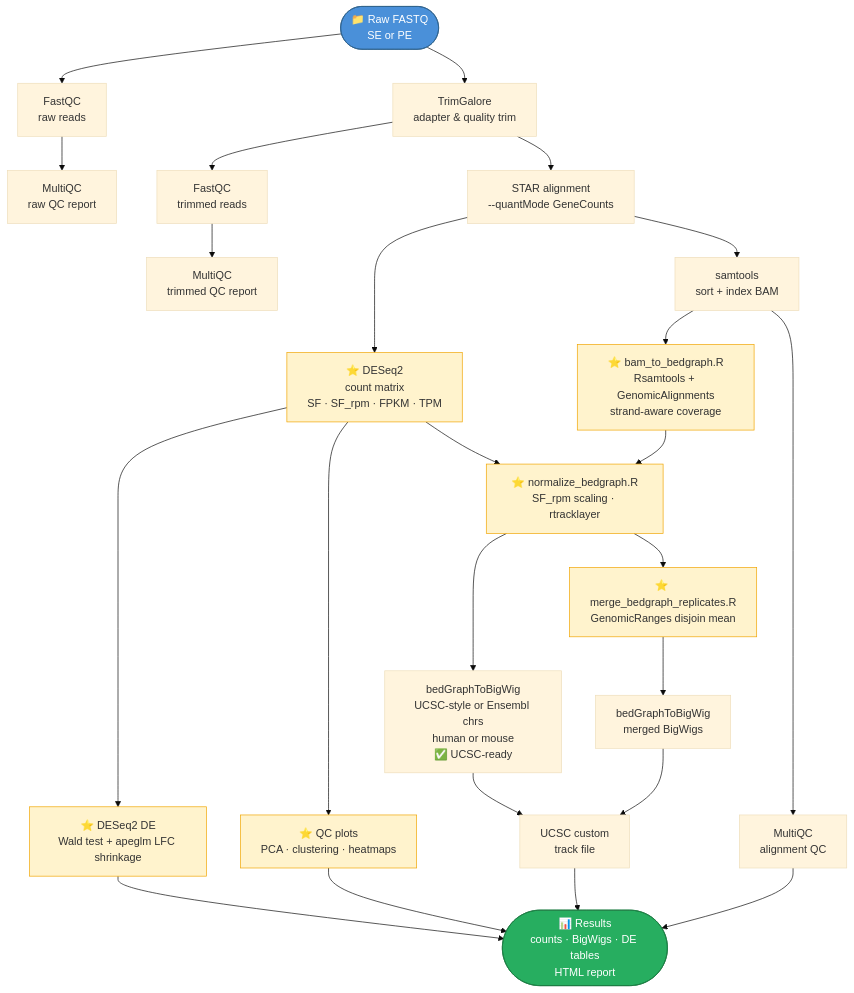
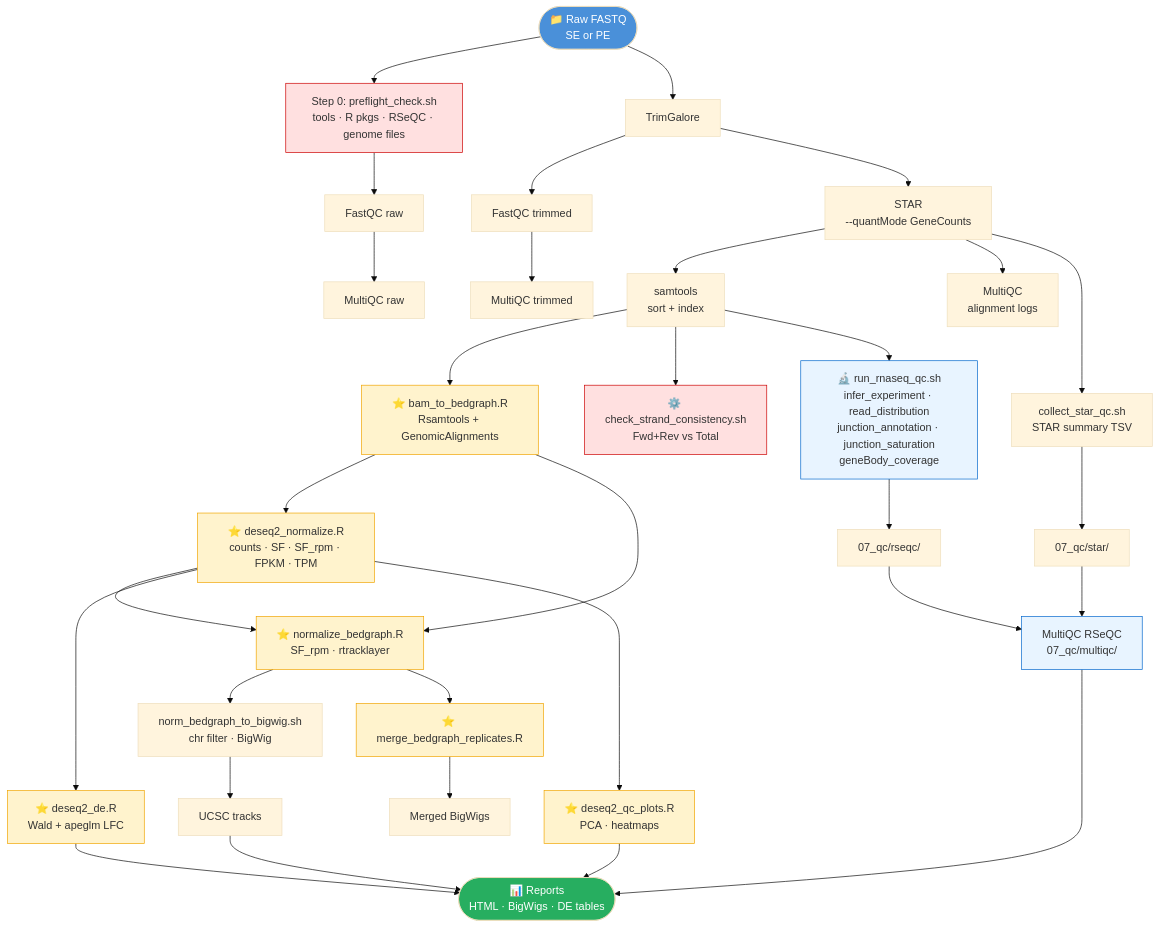
One commit to MichalGd/rnaseq2tracksP changed the diagram in README.md. Above: the diagram before and after it, drawn with Mermaid (base theme). The commit also changed other lines of this file and 43 other files, not shown here.

Commit message:
rnaseq2tracksP v4.0

````diff
--- a/README.md
+++ b/README.md
@@ -22,35 +20,46 @@
 ```mermaid
 flowchart TD
-    A([📁 Raw FASTQ\nSE or PE]) --> B[FastQC\nraw reads]
-    B --> C[MultiQC\nraw QC report]
-    A --> D[TrimGalore\nadapter & quality trim]
-    D --> E[FastQC\ntrimmed reads]
-    E --> F[MultiQC\ntrimmed QC report]
-    D --> G[STAR alignment\n--quantMode GeneCounts]
-    G --> H[samtools\nsort + index BAM]
-    H --> I[MultiQC\nalignment QC]
-    G --> J[⭐ DESeq2\ncount matrix\nSF · SF_rpm · FPKM · TPM]
-    H --> K[⭐ bam_to_bedgraph.R\nRsamtools + GenomicAlignments\nstrand-aware coverage]
-    J --> L[⭐ normalize_bedgraph.R\nSF_rpm scaling · rtracklayer]
-    K --> L
-    L --> M[bedGraphToBigWig\nUCSC-style or Ensembl chrs\nhuman or mouse\n✅ UCSC-ready]
-    L --> N[⭐ merge_bedgraph_replicates.R\nGenomicRanges disjoin mean]
-    N --> O[bedGraphToBigWig\nmerged BigWigs]
-    J --> P[⭐ DESeq2 DE\nWald test + apeglm LFC shrinkage]
-    J --> Q[⭐ QC plots\nPCA · clustering · heatmaps]
-    M --> R[UCSC custom\ntrack file]
-    O --> R
-    P --> S([📊 Results\ncounts · BigWigs · DE tables\nHTML report])
-    Q --> S
+    A([📁 Raw FASTQ\nSE or PE]) --> B[Step 0: preflight_check.sh\ntools · R pkgs · RSeQC · genome files]
+    B --> C[FastQC raw]
+    C --> D[MultiQC raw]
+    A --> E[TrimGalore]
+    E --> F[FastQC trimmed]
+    F --> G[MultiQC trimmed]
+    E --> H[STAR\n--quantMode GeneCounts]
+    H --> I[samtools\nsort + index]
+    H --> J[MultiQC\nalignment logs]
+    H --> K[collect_star_qc.sh\nSTAR summary TSV]
+
+    I --> L[⭐ bam_to_bedgraph.R\nRsamtools + GenomicAlignments]
+    I --> M[⚙️ check_strand_consistency.sh\nFwd+Rev vs Total]
+    I --> N[🔬 run_rnaseq_qc.sh\ninfer_experiment · read_distribution\njunction_annotation · junction_saturation\ngeneBody_coverage]
+    K --> O[07_qc/star/]
+    N --> P[07_qc/rseqc/]
+    O --> Q[MultiQC RSeQC\n07_qc/multiqc/]
+    P --> Q
+
+    L --> R[⭐ deseq2_normalize.R\ncounts · SF · SF_rpm · FPKM · TPM]
+    L --> S[⭐ normalize_bedgraph.R\nSF_rpm · rtracklayer]
     R --> S
-    I --> S
+    S --> T[norm_bedgraph_to_bigwig.sh\nchr filter · BigWig]
+    S --> U[⭐ merge_bedgraph_replicates.R]
+    U --> V[Merged BigWigs]
+    R --> W[⭐ deseq2_de.R\nWald + apeglm LFC]
+    R --> X[⭐ deseq2_qc_plots.R\nPCA · heatmaps]
+    T --> Y[UCSC tracks]
+    W --> Z([📊 Reports\nHTML · BigWigs · DE tables])
+    X --> Z; Y --> Z; Q --> Z
 
-    style A fill:#4a90d9,color:#fff,stroke:#2c5f8a
-    style S fill:#27ae60,color:#fff,stroke:#1a7a40
-    style J fill:#fff3cd,stroke:#f0a500
-    style K fill:#fff3cd,stroke:#f0a500
+    style A fill:#4a90d9,color:#fff
+    style Z fill:#27ae60,color:#fff
+    style B fill:#ffe0e0,stroke:#cc0000
+    style M fill:#ffe0e0,stroke:#cc0000
+    style N fill:#e8f4ff,stroke:#0066cc
+    style Q fill:#e8f4ff,stroke:#0066cc
     style L fill:#fff3cd,stroke:#f0a500
-    style N fill:#fff3cd,stroke:#f0a500
-    style P fill:#fff3cd,stroke:#f0a500
-    style Q fill:#fff3cd,stroke:#f0a500
+    style R fill:#fff3cd,stroke:#f0a500
+    style S fill:#fff3cd,stroke:#f0a500
+    style U fill:#fff3cd,stroke:#f0a500
+    style W fill:#fff3cd,stroke:#f0a500
+    style X fill:#fff3cd,stroke:#f0a500
 ```
````
